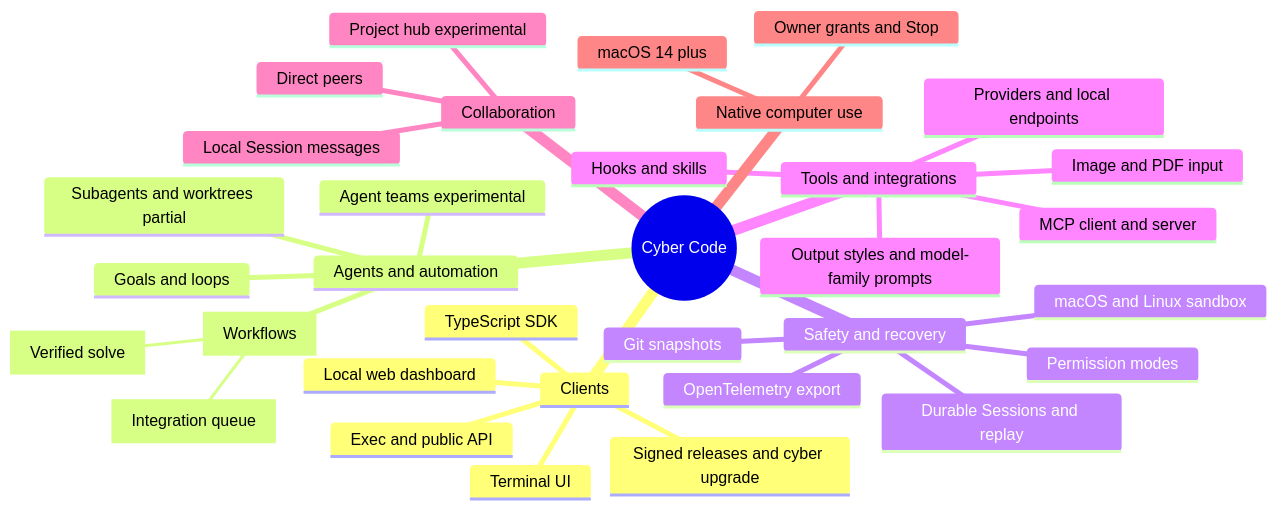
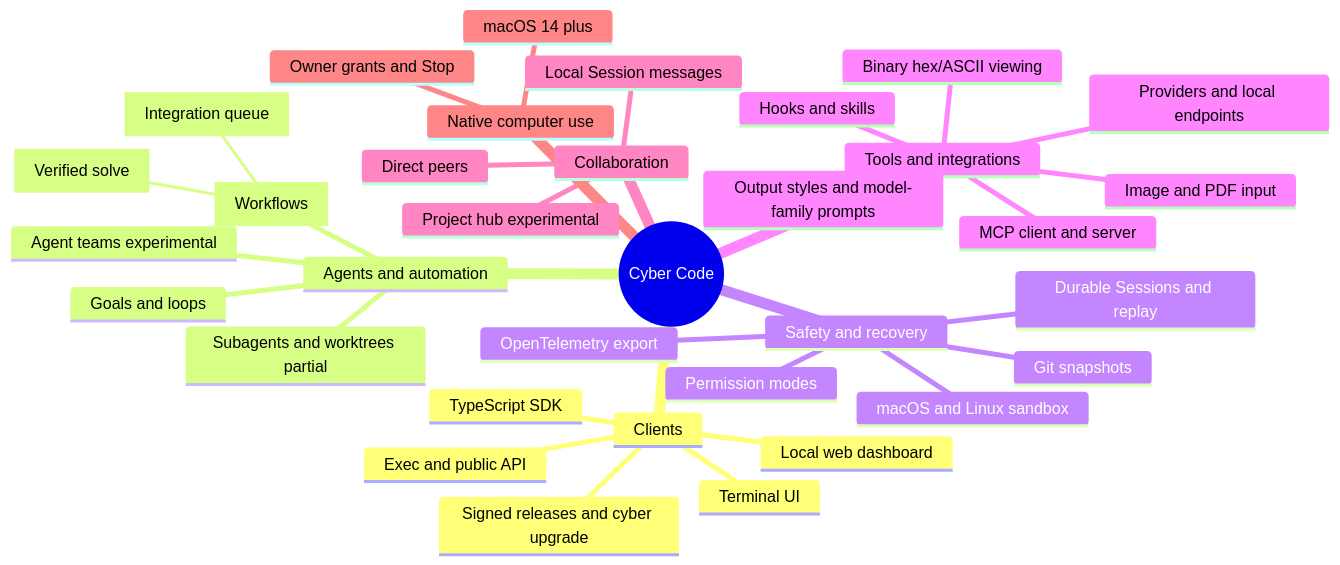
One commit to CyberdyneCorp/cybercode-cli changed the diagram in README.md. Above: the diagram before and after it, drawn with Mermaid. The commit also changed other lines of this file and 6 other files, not shown here.

Commit message:
Fix Windows binary pin test and document hex workspace

````diff
--- a/README.md
+++ b/README.md
@@ -122,36 +126,37 @@
 ```mermaid
 mindmap
   root((Cyber Code))
     Clients
       Terminal UI
       Exec and public API
       Local web dashboard
       TypeScript SDK
       Signed releases and cyber upgrade
     Agents and automation
       Subagents and worktrees partial
       workflows["Workflows"]
         solve["Verified solve"]
         integrations["Integration queue"]
       Goals and loops
       Agent teams experimental
     Safety and recovery
       Permission modes
       macOS and Linux sandbox
       Git snapshots
       Durable Sessions and replay
       OpenTelemetry export
     Tools and integrations
       Providers and local endpoints
       MCP client and server
       Hooks and skills
       Image and PDF input
+      Binary hex/ASCII viewing
       Output styles and model-family prompts
     Collaboration
       Local Session messages
       Direct peers
       Project hub experimental
     Native computer use
       macOS 14 plus
       Owner grants and Stop
 ```
````
